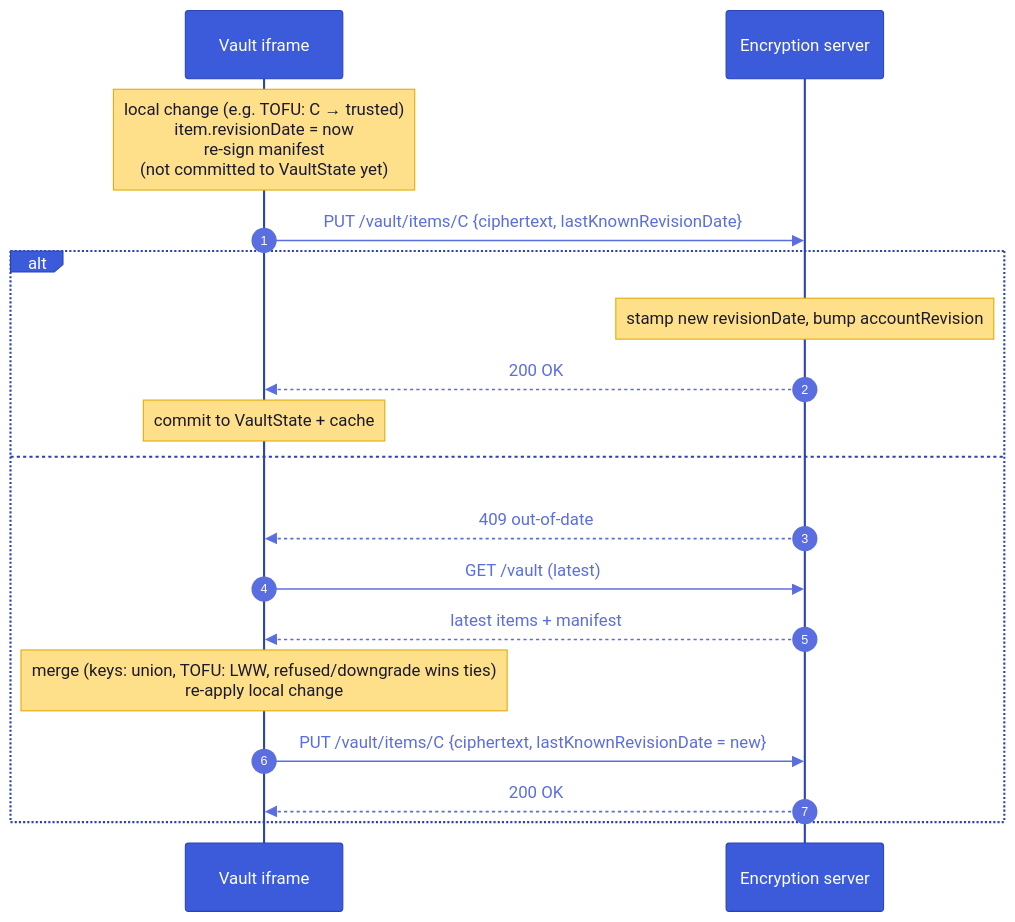
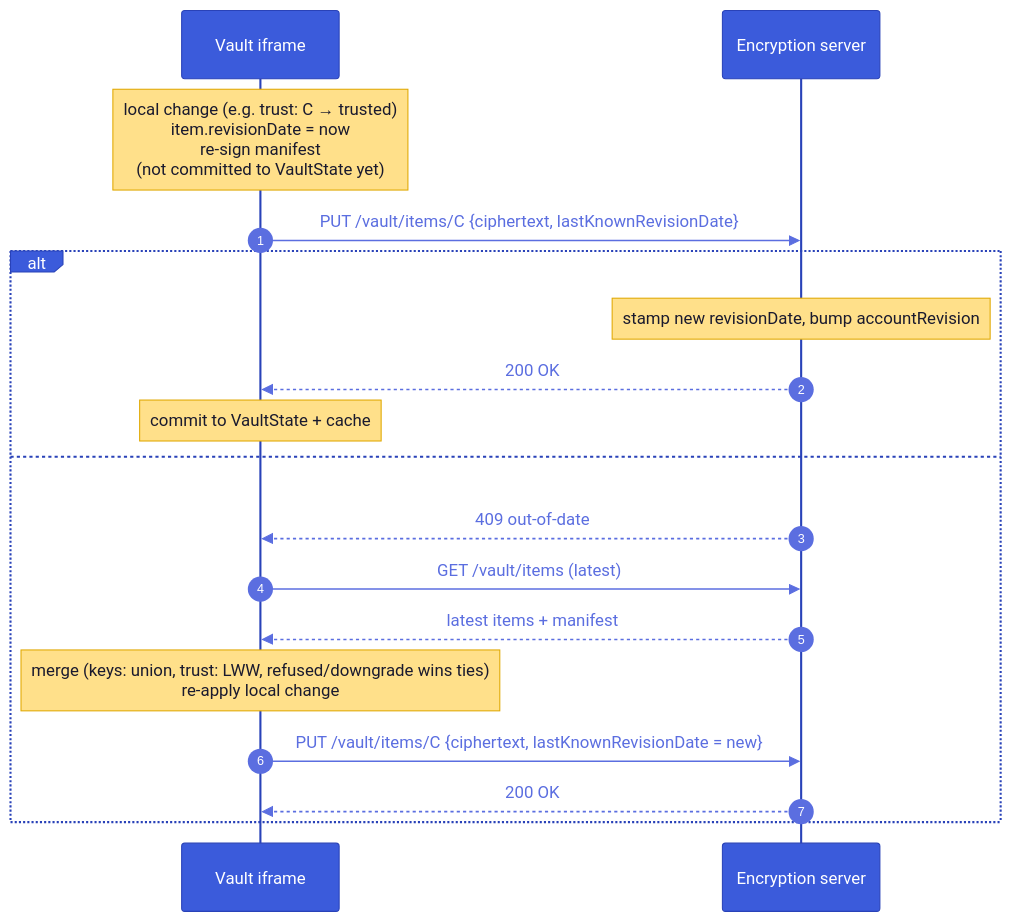
Before and after one commit to suitenumerique/encryption: diagram 12 of 22 in architecture.md, drawn with Mermaid. The commit also changed other lines of this file, not shown here.

````diff
--- a/architecture.md
+++ b/architecture.md
@@ -647,21 +988,21 @@
 ```mermaid
 %%{init: {'theme':'base','themeVariables':{'actorBkg':'#3b5bdb','actorTextColor':'#fff','actorBorder':'#2942b8','signalColor':'#5b6ee0','signalTextColor':'#5b6ee0','noteBkgColor':'#ffe08a','noteTextColor':'#1a1a2e','noteBorderColor':'#e0a800','sequenceNumberColor':'#fff'}}}%%
 sequenceDiagram
   autonumber
   participant V as Vault iframe
   participant API as Encryption server
-  Note over V: local change (e.g. TOFU: C → trusted)<br/>item.revisionDate = now<br/>re-sign manifest<br/>(not committed to VaultState yet)
+  Note over V: local change (e.g. trust: C → trusted)<br/>item.revisionDate = now<br/>re-sign manifest<br/>(not committed to VaultState yet)
   V->>API: PUT /vault/items/C {ciphertext, lastKnownRevisionDate}
   alt server copy not newer
     Note over API: stamp new revisionDate, bump accountRevision
     API-->>V: 200 OK
     Note over V: commit to VaultState + cache
   else server copy newer (> 1s)
     API-->>V: 409 out-of-date
-    V->>API: GET /vault (latest)
+    V->>API: GET /vault/items (latest)
     API-->>V: latest items + manifest
-    Note over V: merge (keys: union, TOFU: LWW, refused/downgrade wins ties)<br/>re-apply local change
+    Note over V: merge (keys: union, trust: LWW, refused/downgrade wins ties)<br/>re-apply local change
     V->>API: PUT /vault/items/C {ciphertext, lastKnownRevisionDate = new}
     API-->>V: 200 OK
   end
 ```
````
